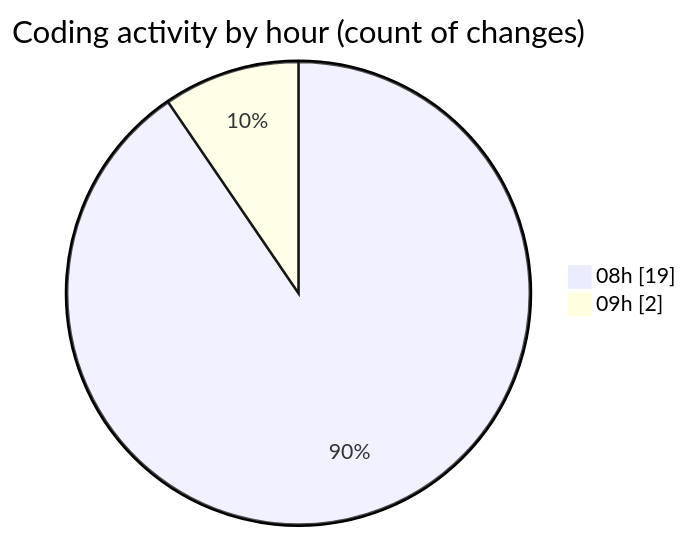
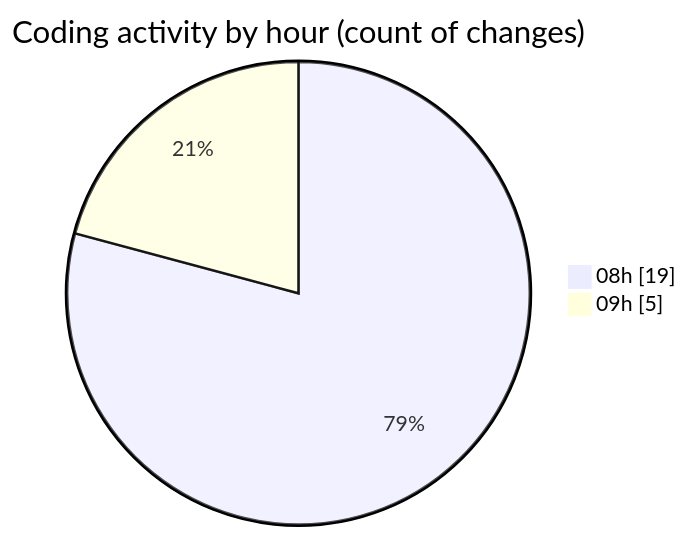
The second of 2 diagrams in 2025-09-13/shop/README.md (vahidmafi/code-tracking), drawn with Mermaid before and after one commit. The commit also changed other lines of this file and 1 other file, not shown here.

````diff
--- a/2025-09-13/shop/README.md
+++ b/2025-09-13/shop/README.md
@@ -35,6 +36,6 @@
 ```mermaid
 pie showData
 title Coding activity by hour (count of changes)
 "08h" : 19
-"09h" : 2
+"09h" : 5
 ```
````
